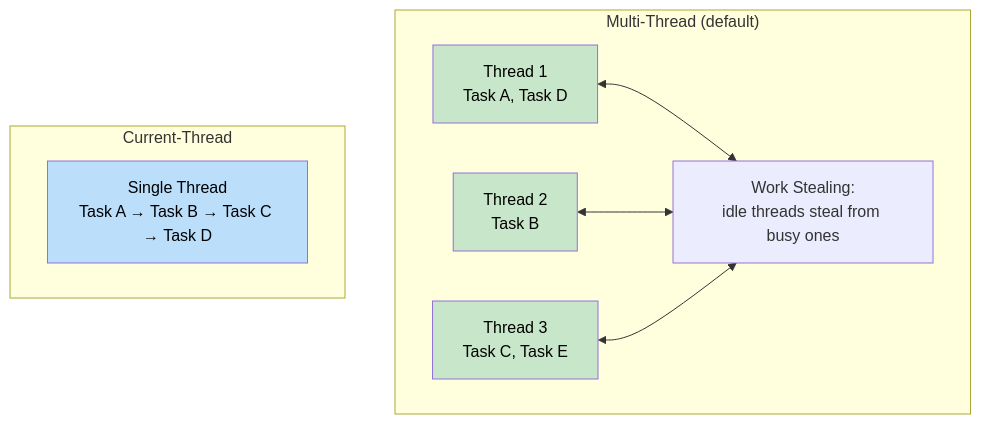
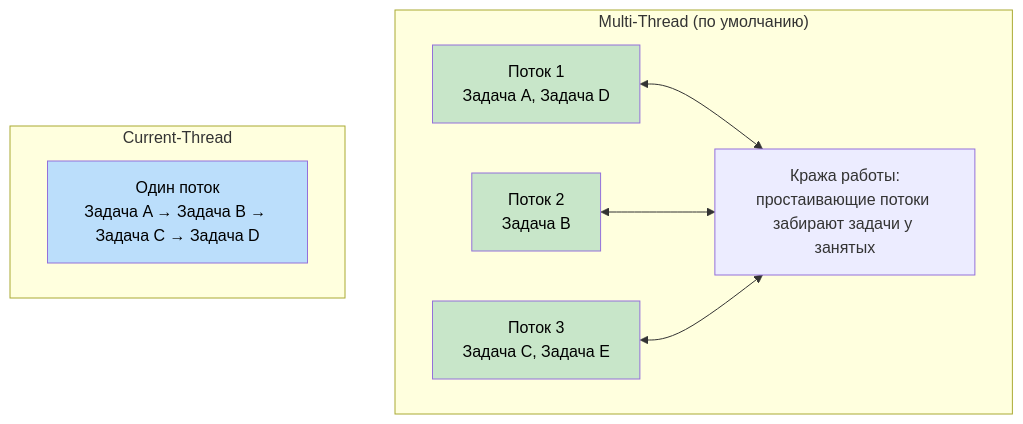
The first of 3 diagrams in async-book/src/ch08-tokio-deep-dive.md (r007/RustTraining-Rus), drawn with Mermaid before and after one commit. The commit also changed other lines of this file and 10 other files, not shown here.

````diff
--- a/async-book/src/ch08-tokio-deep-dive.md
+++ b/async-book/src/ch08-tokio-deep-dive.md
@@ -41,21 +41,21 @@
 ```mermaid
 graph TB
-    subgraph "Multi-Thread (default)"
-        MT_Q1["Thread 1<br/>Task A, Task D"]
-        MT_Q2["Thread 2<br/>Task B"]
-        MT_Q3["Thread 3<br/>Task C, Task E"]
-        STEAL["Work Stealing:<br/>idle threads steal from busy ones"]
+    subgraph "Multi-Thread (по умолчанию)"
+        MT_Q1["Поток 1<br/>Задача A, Задача D"]
+        MT_Q2["Поток 2<br/>Задача B"]
+        MT_Q3["Поток 3<br/>Задача C, Задача E"]
+        STEAL["Кража работы:<br/>простаивающие потоки забирают задачи у занятых"]
         MT_Q1 <--> STEAL
         MT_Q2 <--> STEAL
         MT_Q3 <--> STEAL
     end
 
     subgraph "Current-Thread"
-        ST_Q["Single Thread<br/>Task A → Task B → Task C → Task D"]
+        ST_Q["Один поток<br/>Задача A → Задача B → Задача C → Задача D"]
     end
 
     style MT_Q1 fill:#c8e6c9,color:#000
     style MT_Q2 fill:#c8e6c9,color:#000
     style MT_Q3 fill:#c8e6c9,color:#000
     style ST_Q fill:#bbdefb,color:#000
 ```
````
